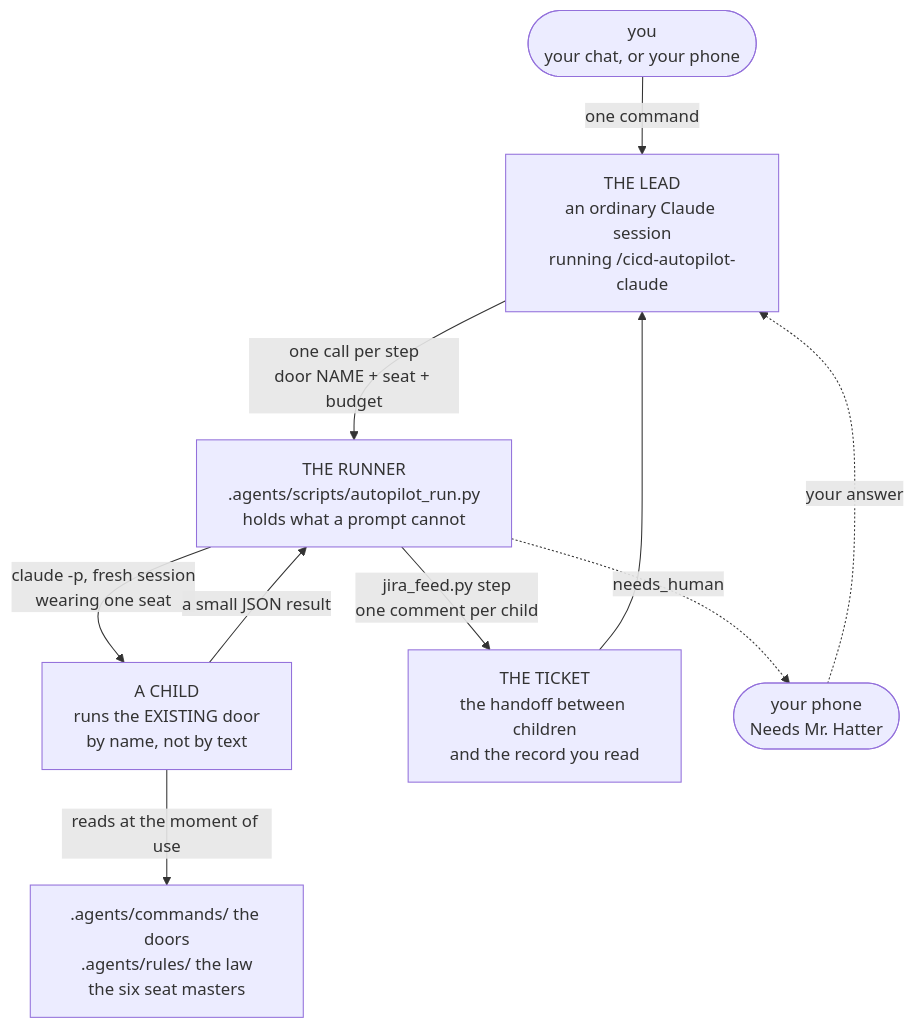
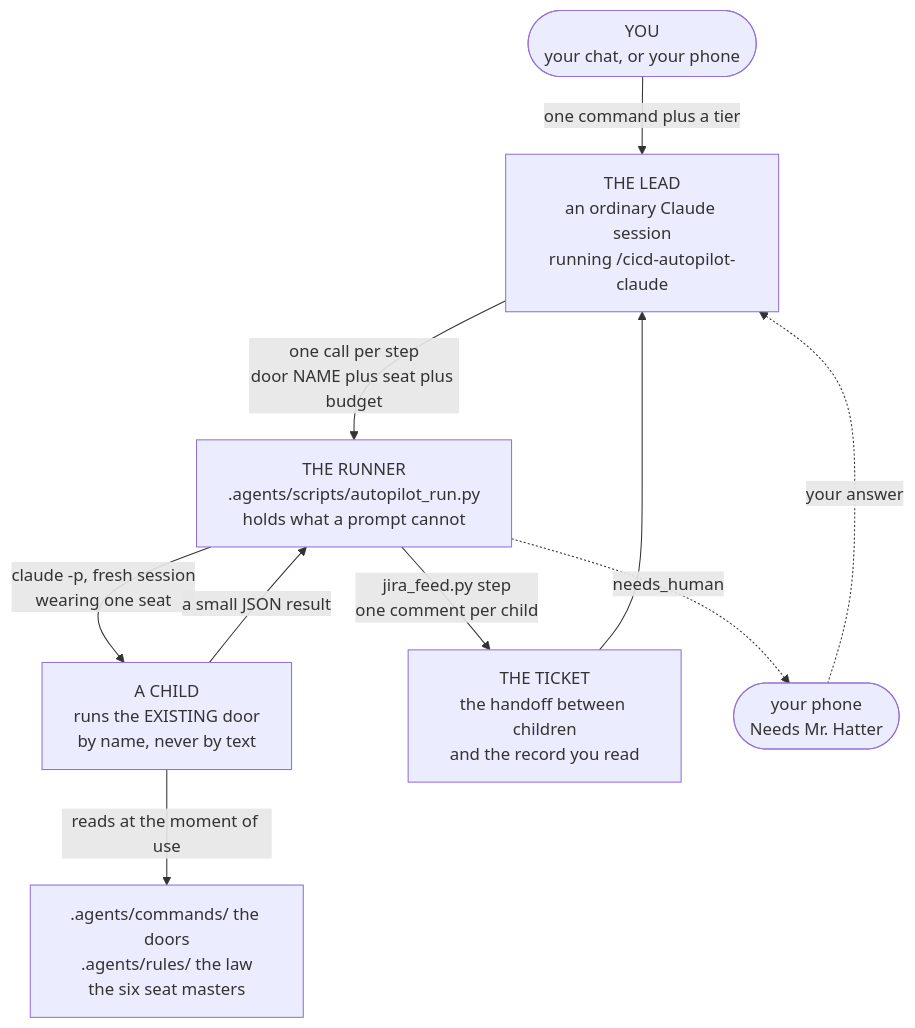
The first of 4 diagrams in docs/_scc_sops_prds/autopilot_SOP.md (sudomadhatter/Sudo_Hatter_Command), drawn with Mermaid before and after one commit. The commit also changed other lines of this file and 5 other files, not shown here.

````diff
--- a/docs/_scc_sops_prds/autopilot_SOP.md
+++ b/docs/_scc_sops_prds/autopilot_SOP.md
@@ -31,12 +40,12 @@
 ```mermaid
 flowchart TD
-    YOU(["you\nyour chat, or your phone"]) -->|"one command"| LEAD["THE LEAD\nan ordinary Claude session\nrunning /cicd-autopilot-claude"]
-    LEAD -->|"one call per step\ndoor NAME + seat + budget"| RUN["THE RUNNER\n.agents/scripts/autopilot_run.py\nholds what a prompt cannot"]
-    RUN -->|"claude -p, fresh session\nwearing one seat"| KID["A CHILD\nruns the EXISTING door\nby name, not by text"]
+    YOU(["YOU\nyour chat, or your phone"]) -->|"one command plus a tier"| LEAD["THE LEAD\nan ordinary Claude session\nrunning /cicd-autopilot-claude"]
+    LEAD -->|"one call per step\ndoor NAME plus seat plus budget"| RUN["THE RUNNER\n.agents/scripts/autopilot_run.py\nholds what a prompt cannot"]
+    RUN -->|"claude -p, fresh session\nwearing one seat"| KID["A CHILD\nruns the EXISTING door\nby name, never by text"]
     KID -->|"reads at the moment of use"| SRC[".agents/commands/ the doors\n.agents/rules/ the law\nthe six seat masters"]
     KID -->|"a small JSON result"| RUN
     RUN -->|"jira_feed.py step\none comment per child"| TICKET["THE TICKET\nthe handoff between children\nand the record you read"]
     TICKET --> LEAD
     RUN -.->|"needs_human"| PHONE(["your phone\nNeeds Mr. Hatter"])
     PHONE -.->|"your answer"| LEAD
 ```
````
